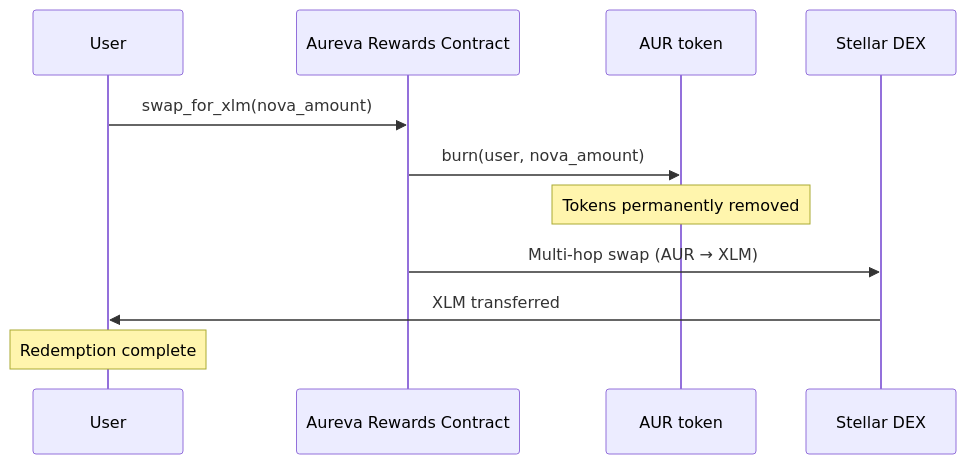
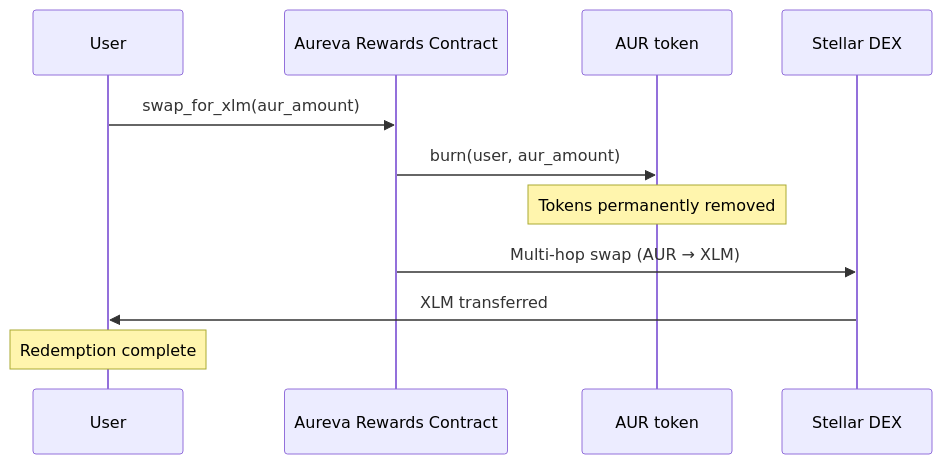
One commit to LockedTerminal/aureva-rewards changed the fifth of 6 diagrams in docs/tokenomics.md. Above: the diagram before and after it, drawn with Mermaid. The commit also changed other lines of this file and 182 other files, not shown here.

````diff
--- a/docs/tokenomics.md
+++ b/docs/tokenomics.md
@@ -333,14 +333,14 @@
 ```mermaid
 sequenceDiagram
     participant U as User
     participant NR as Aureva Rewards Contract
     participant NT as AUR token
     participant DEX as Stellar DEX
 
-    U->>NR: swap_for_xlm(nova_amount)
-    NR->>NT: burn(user, nova_amount)
+    U->>NR: swap_for_xlm(aur_amount)
+    NR->>NT: burn(user, aur_amount)
     Note over NT: Tokens permanently removed
     NR->>DEX: Multi-hop swap (AUR → XLM)
     DEX->>U: XLM transferred
     Note over U: Redemption complete
 ```
````
